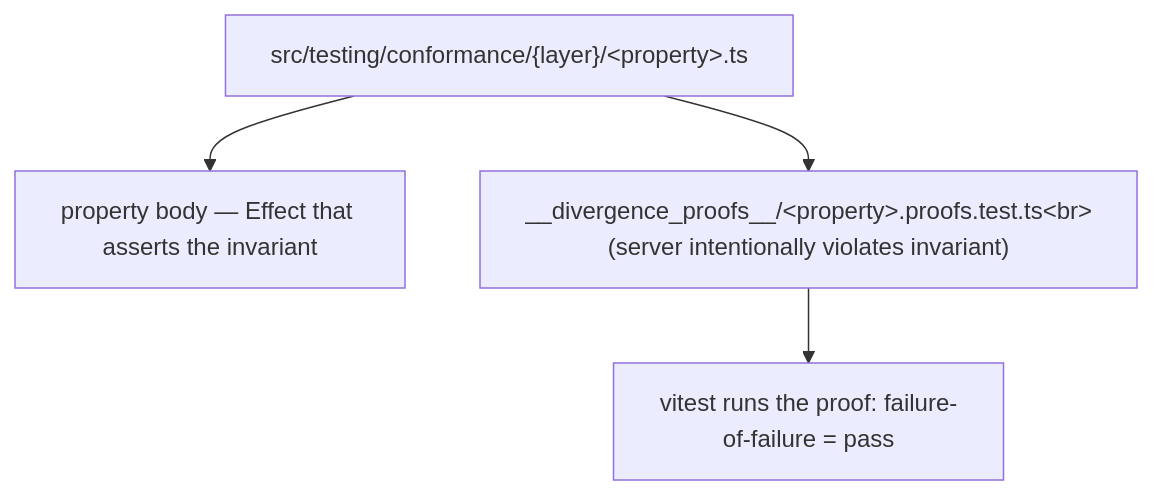
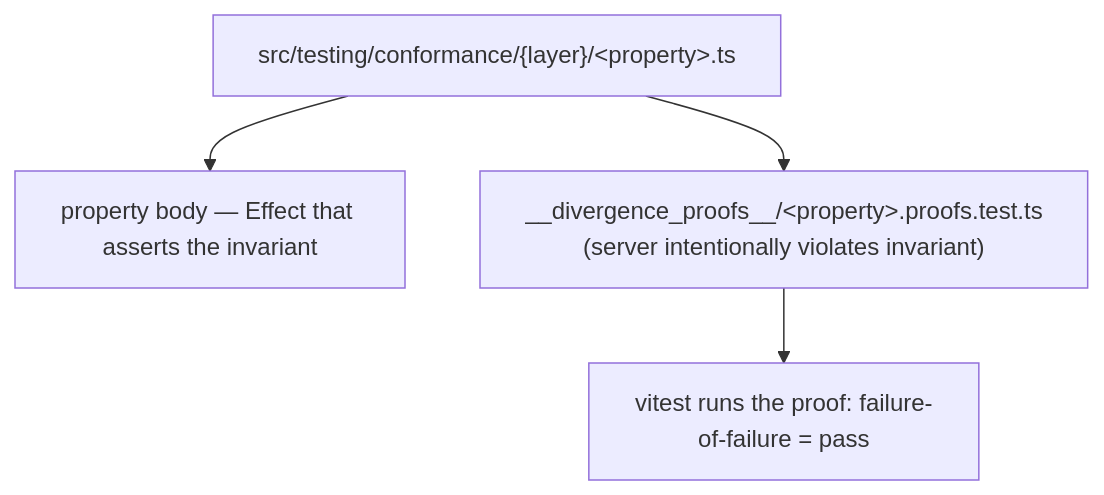
One commit to chughtapan/moltzap changed the diagram in packages/protocol/src/testing/conformance/client/MODULE.md. Above: the diagram before and after it, drawn with Mermaid. The commit also changed other lines of this file and 33 other files, not shown here.

First line of the commit message:
docs(mermaid): use literal <br> in JSDoc sequence/state diagrams; drop dead inferConversationType test

````diff
--- a/packages/protocol/src/testing/conformance/client/MODULE.md
+++ b/packages/protocol/src/testing/conformance/client/MODULE.md
@@ -795,7 +795,7 @@
 ```mermaid
 flowchart TD
   A["src/testing/conformance/{layer}/&lt;property>.ts"]
   A --> B["property body — Effect that asserts the invariant"]
-  A --> C["__divergence_proofs__/&lt;property>.proofs.test.ts&lt;br>(server intentionally violates invariant)"]
+  A --> C["__divergence_proofs__/&lt;property>.proofs.test.ts<br>(server intentionally violates invariant)"]
   C --> D[vitest runs the proof: failure-of-failure = pass]
 ```
````
